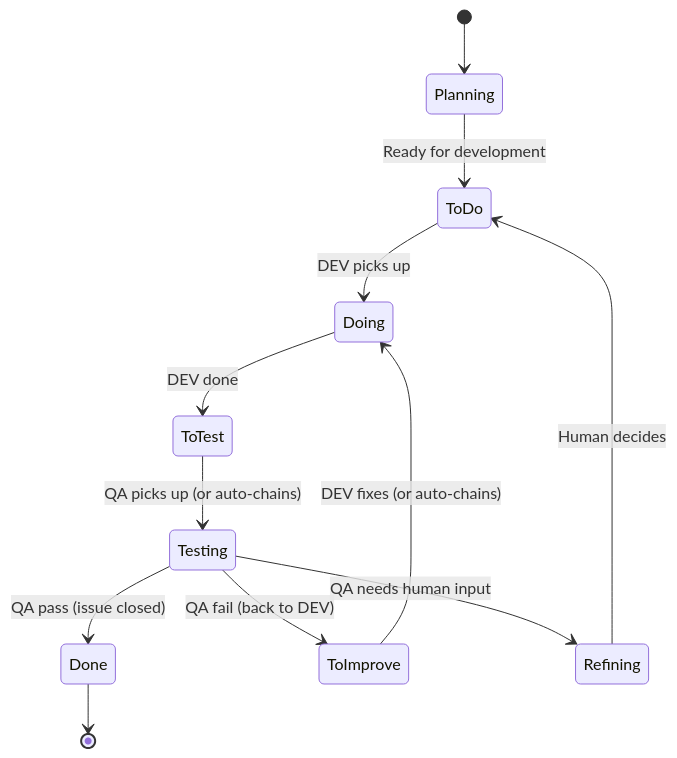
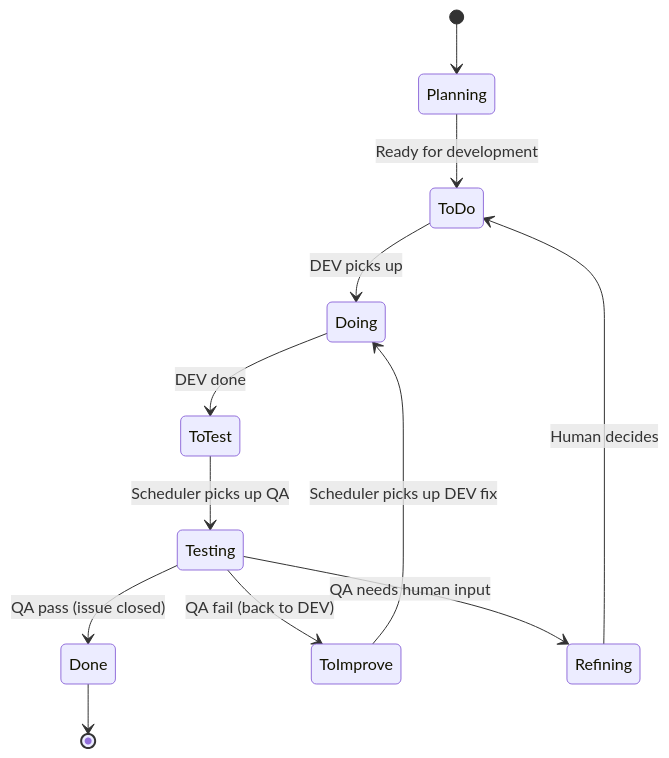
Before and after one commit to StrongheartedX/devclaw: the diagram in README2.md, drawn with Mermaid. The commit also changed other lines of this file and 7 other files, not shown here.

````diff
--- a/README2.md
+++ b/README2.md
@@ -125,18 +125,18 @@
 ```mermaid
 stateDiagram-v2
     [*] --> Planning
     Planning --> ToDo: Ready for development
 
     ToDo --> Doing: DEV picks up
     Doing --> ToTest: DEV done
 
-    ToTest --> Testing: QA picks up (or auto-chains)
+    ToTest --> Testing: Scheduler picks up QA
     Testing --> Done: QA pass (issue closed)
     Testing --> ToImprove: QA fail (back to DEV)
     Testing --> Refining: QA needs human input
 
-    ToImprove --> Doing: DEV fixes (or auto-chains)
+    ToImprove --> Doing: Scheduler picks up DEV fix
     Refining --> ToDo: Human decides
 
     Done --> [*]
 ```
````
